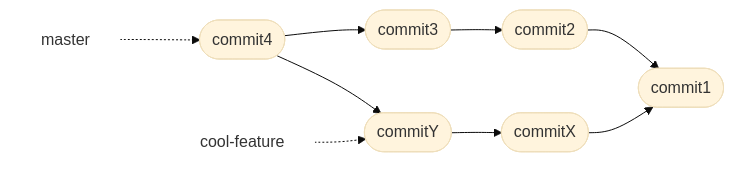
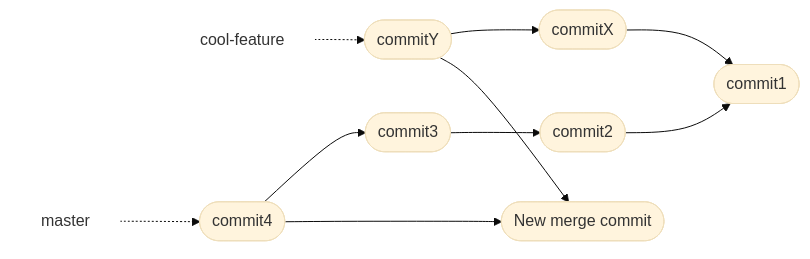
The second of 7 diagrams in docs/branches.md (hpc2n/course-intro-git), drawn with Mermaid (base theme) before and after one commit. The commit also changed other lines of this file, not shown here.

Commit message:
Trying to get the order correct in the mermaid diagram

````diff
--- a/docs/branches.md
+++ b/docs/branches.md
@@ -281,24 +281,26 @@
 ```mermaid
 graph LR
 
   master["master"]
   style master fill:#ffffff,stroke:#ffffff
   cool-feature["cool-feature"]
   style cool-feature fill:#ffffff,stroke:#ffffff
 
   commitX(["commitX"])
   commit1(["commit1"])
   commit2(["commit2"])
   commitY(["commitY"])
   commit3(["commit3"])
   commit4(["commit4"])
+  commit4Y(["New merge commit"])
 
   master -.-> commit4
   commit4 --> commit3
-  commit4 --> commitY
+  commit4 --> commit4Y
   cool-feature -.-> commitY
   commit3 --> commit2
   commit2 --> commit1
   commitY --> commitX
+  commitY --> commit4Y
   commitX --> commit1
 ```
````
